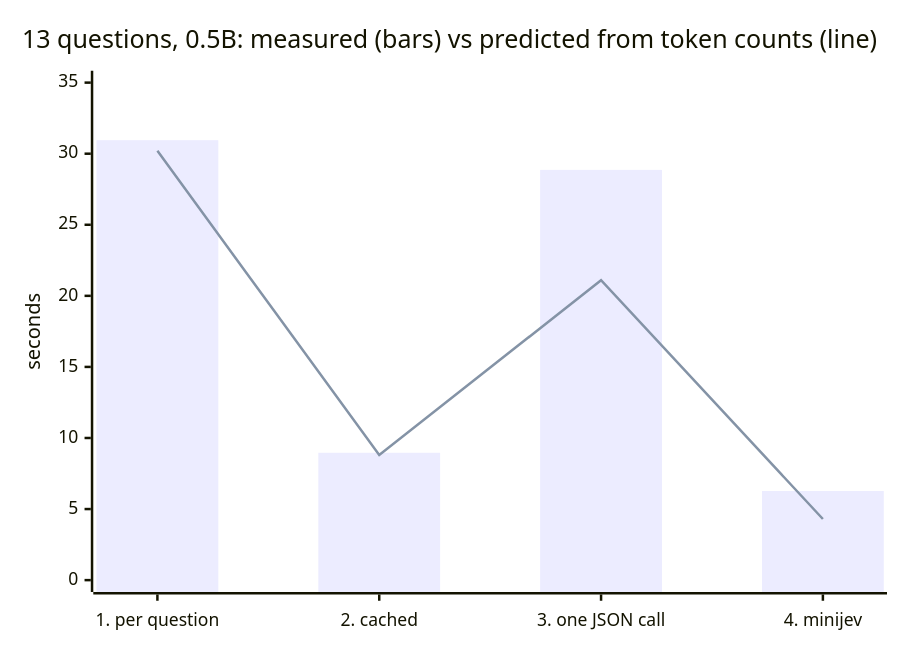
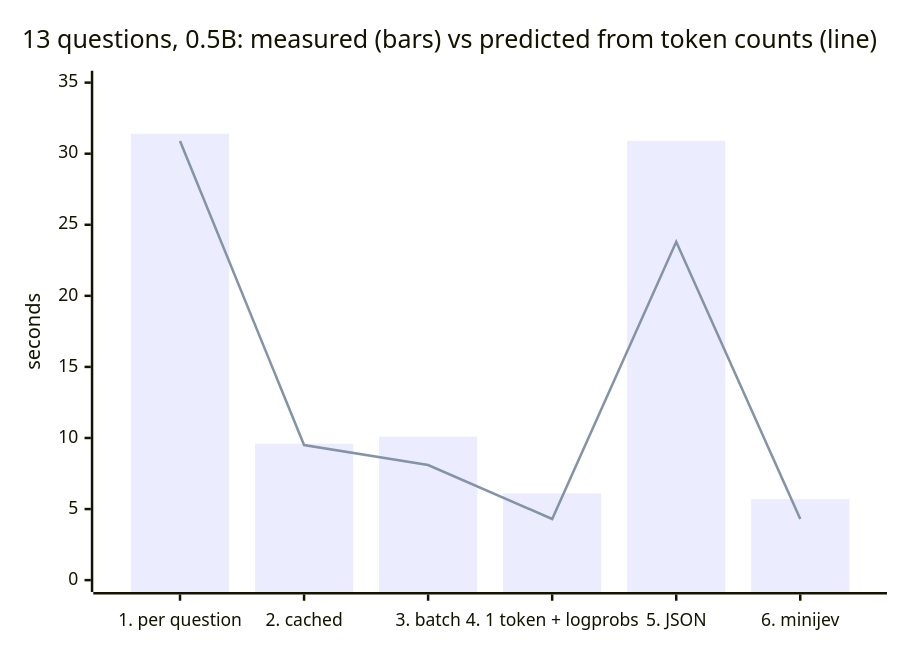
Diagram 17 of 18 in docs/WALKTHROUGH.md (Obi-Wan-Clemobi/minijev), drawn with Mermaid before and after one commit. The commit also changed other lines of this file and 3 other files, not shown here.

````diff
--- a/docs/WALKTHROUGH.md
+++ b/docs/WALKTHROUGH.md
@@ -600,8 +631,8 @@
 ```mermaid
 xychart-beta
     title "13 questions, 0.5B: measured (bars) vs predicted from token counts (line)"
-    x-axis ["1. per question", "2. cached", "3. one JSON call", "4. minijev"]
+    x-axis ["1. per question", "2. cached", "3. batch", "4. 1 token + logprobs", "5. JSON", "6. minijev"]
     y-axis "seconds" 0 --> 35
-    bar [30.95, 8.96, 28.86, 6.27]
-    line [30.2, 8.8, 21.1, 4.3]
+    bar [31.4, 9.6, 10.1, 6.1, 30.9, 5.7]
+    line [30.9, 9.5, 8.1, 4.3, 23.8, 4.3]
 ```
````
